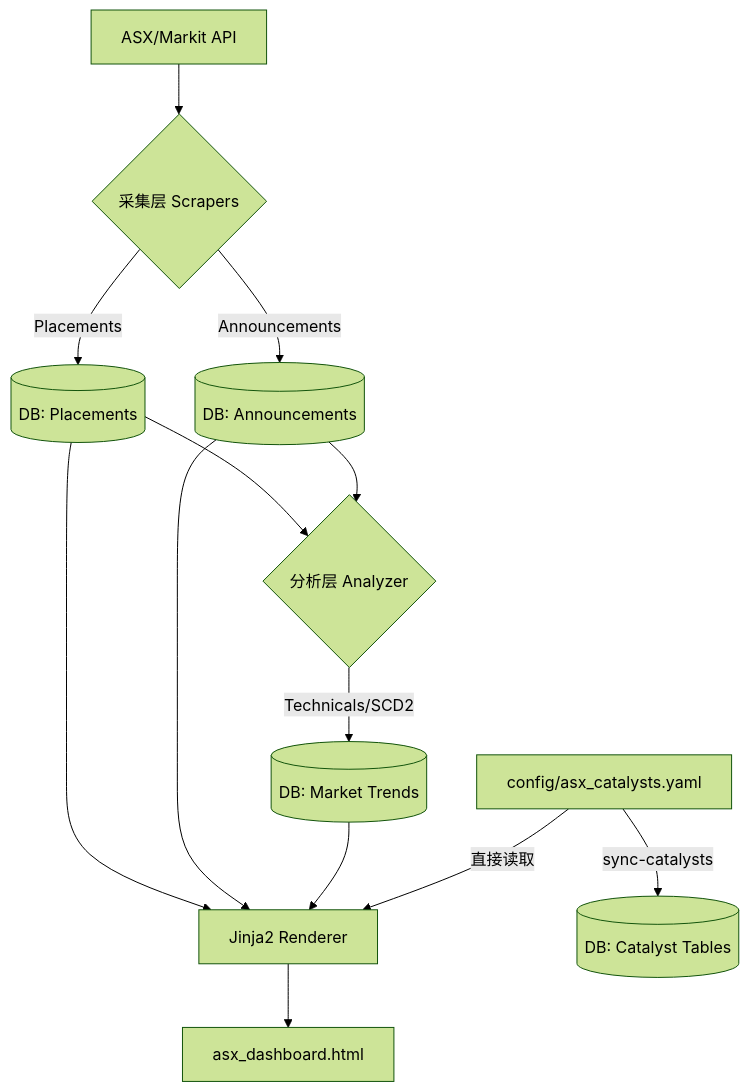
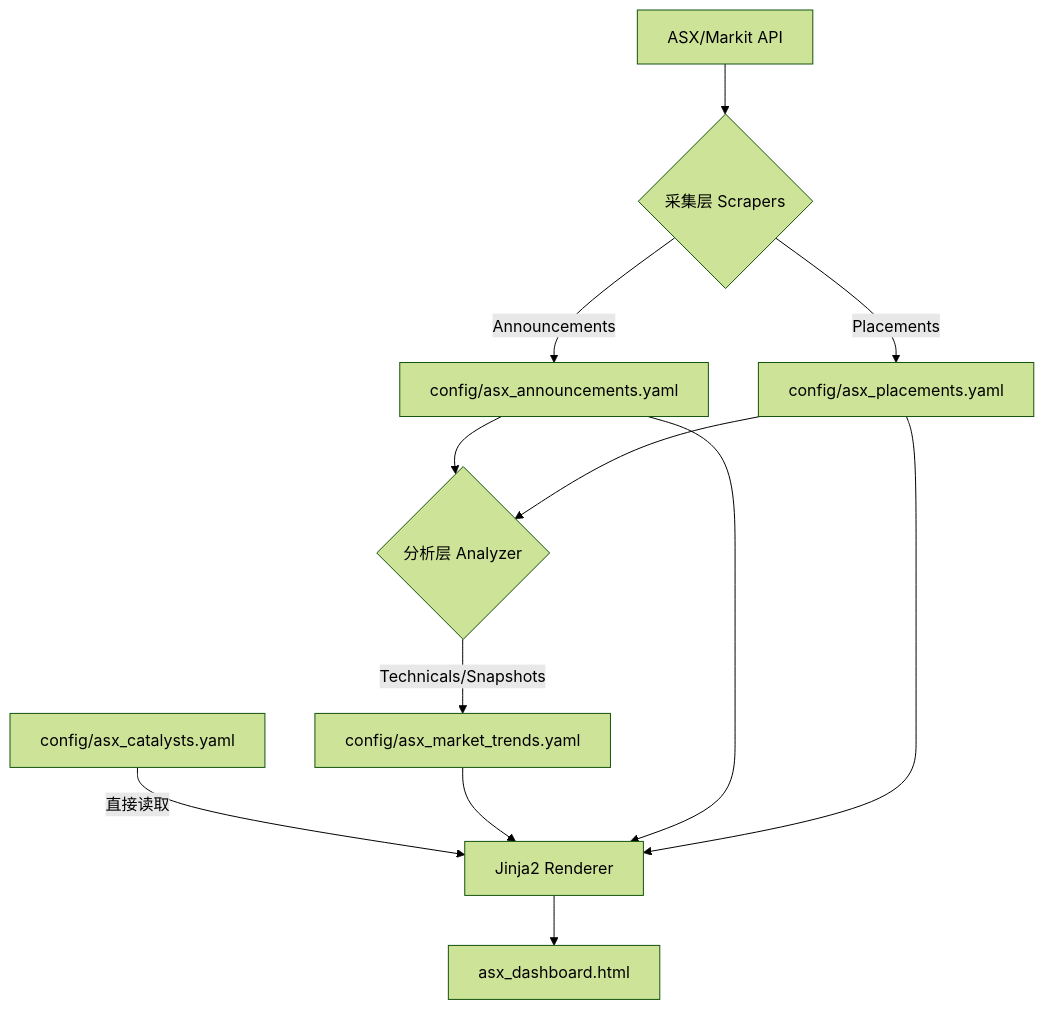
Before and after one commit to felixliu97/pythonProjects: the diagram in ASX/README.md, drawn with Mermaid (forest theme). The commit also changed other lines of this file and 26 other files, not shown here.

Commit message:
ASX v1.6 - back to yaml

````diff
--- a/ASX/README.md
+++ b/ASX/README.md
@@ -12,12 +12,11 @@
 ```mermaid
 graph TD
     A[ASX/Markit API] --> B{采集层 Scrapers}
-    B -->|Announcements| C[(DB: Announcements)]
-    B -->|Placements| D[(DB: Placements)]
+    B -->|Announcements| C[config/asx_announcements.yaml]
+    B -->|Placements| D[config/asx_placements.yaml]
     C & D --> E{分析层 Analyzer}
-    E -->|Technicals/SCD2| F[(DB: Market Trends)]
+    E -->|Technicals/Snapshots| F[config/asx_market_trends.yaml]
     Y[config/asx_catalysts.yaml] -->|直接读取| I[Jinja2 Renderer]
-    Y -->|sync-catalysts| H[(DB: Catalyst Tables)]
     F & C & D --> I
     I --> J[asx_dashboard.html]
 ```
````
